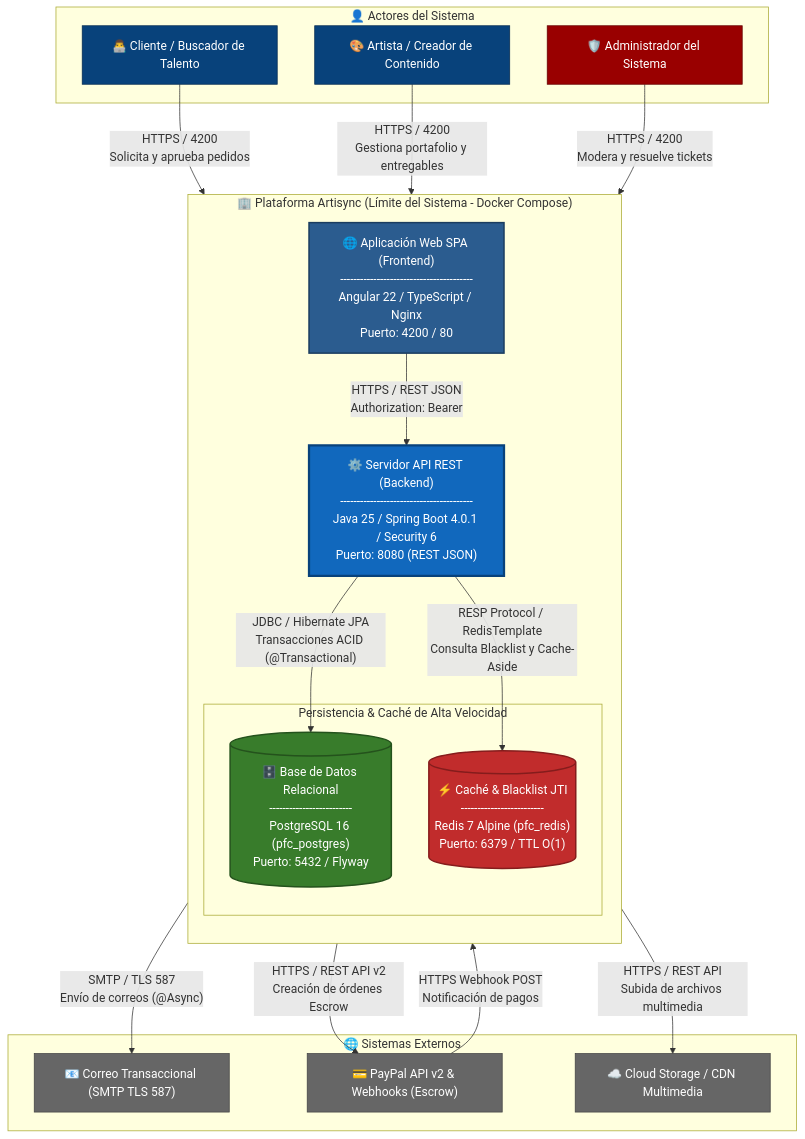
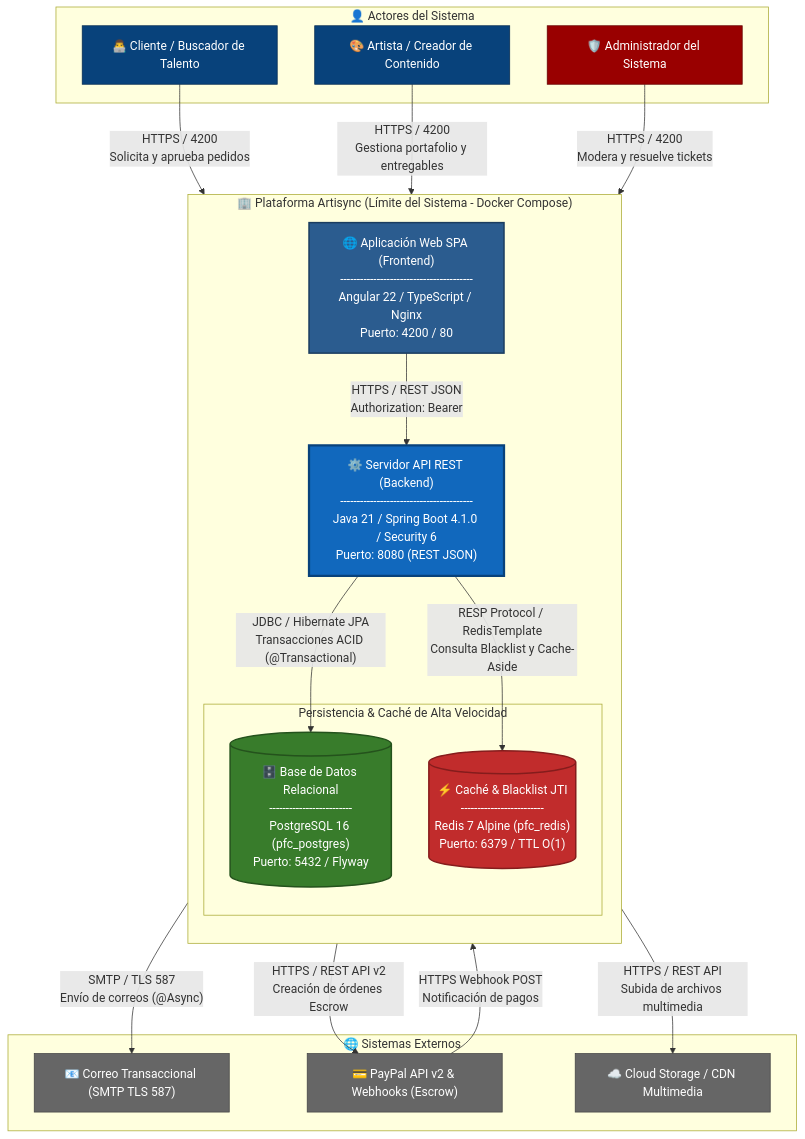
Before and after one commit to JohanCarvajal04/Proyecto-WEB-ARTISYNC: the second of 2 diagrams in docs/diagramas/C4_Nivel2_Contenedores.md, drawn with Mermaid. The commit also changed other lines of this file and 57 other files, not shown here.

````diff
--- a/docs/diagramas/C4_Nivel2_Contenedores.md
+++ b/docs/diagramas/C4_Nivel2_Contenedores.md
@@ -150,55 +150,55 @@
 ```mermaid
 flowchart TB
     subgraph Users["👤 Actores del Sistema"]
         C["👨‍💻 Cliente / Buscador de Talento"]
         A["🎨 Artista / Creador de Contenido"]
         ADM["🛡️ Administrador del Sistema"]
     end
 
     subgraph Artisync["🏢 Plataforma Artisync (Límite del Sistema - Docker Compose)"]
         direction TB
         FE["🌐 Aplicación Web SPA (Frontend)<br>----------------------------------------<br>Angular 22 / TypeScript / Nginx<br>Puerto: 4200 / 80"]
         
-        BE["⚙️ Servidor API REST (Backend)<br>----------------------------------------<br>Java 25 / Spring Boot 4.0.1 / Security 6<br>Puerto: 8080 (REST JSON)"]
+        BE["⚙️ Servidor API REST (Backend)<br>----------------------------------------<br>Java 21 / Spring Boot 4.1.0 / Security 6<br>Puerto: 8080 (REST JSON)"]
         
         subgraph DataTier["Persistencia & Caché de Alta Velocidad"]
             DB[("🗄️ Base de Datos Relacional<br>-------------------------<br>PostgreSQL 16 (pfc_postgres)<br>Puerto: 5432 / Flyway")]
             REDIS[("⚡ Caché & Blacklist JTI<br>-------------------------<br>Redis 7 Alpine (pfc_redis)<br>Puerto: 6379 / TTL O(1)")]
         end
     end
 
     subgraph External["🌐 Sistemas Externos"]
         SMTP["📧 Correo Transaccional (SMTP TLS 587)"]
         PAY["💳 PayPal API v2 & Webhooks (Escrow)"]
         CLOUD["☁️ Cloud Storage / CDN Multimedia"]
     end
 
     %% Relaciones Usuario -> Frontend
     C -- "HTTPS / 4200<br>Solicita y aprueba pedidos" --> FE
     A -- "HTTPS / 4200<br>Gestiona portafolio y entregables" --> FE
     ADM -- "HTTPS / 4200<br>Modera y resuelve tickets" --> FE
 
     %% Relación Frontend -> Backend
     FE -- "HTTPS / REST JSON<br>Authorization: Bearer <JWT>" --> BE
 
     %% Relaciones Backend -> Datos
     BE -- "JDBC / Hibernate JPA<br>Transacciones ACID (@Transactional)" --> DB
     BE -- "RESP Protocol / RedisTemplate<br>Consulta Blacklist y Cache-Aside" --> REDIS
 
     %% Relaciones Backend -> Externos
     BE -- "SMTP / TLS 587<br>Envío de correos (@Async)" --> SMTP
     BE -- "HTTPS / REST API v2<br>Creación de órdenes Escrow" --> PAY
     PAY -- "HTTPS Webhook POST<br>Notificación de pagos" --> BE
     BE -- "HTTPS / REST API<br>Subida de archivos multimedia" --> CLOUD
 
     style FE fill:#2b5c8f,stroke:#1b3d5f,stroke-width:2px,color:#fff
     style BE fill:#1168bd,stroke:#08427b,stroke-width:3px,color:#fff
     style DB fill:#387c2b,stroke:#24521c,stroke-width:2px,color:#fff
     style REDIS fill:#c12c2c,stroke:#851c1c,stroke-width:2px,color:#fff
     style C fill:#08427b,stroke:#052b52,color:#fff
     style A fill:#08427b,stroke:#052b52,color:#fff
     style ADM fill:#990000,stroke:#660000,color:#fff
     style SMTP fill:#666,stroke:#444,color:#fff
     style PAY fill:#666,stroke:#444,color:#fff
     style CLOUD fill:#666,stroke:#444,color:#fff
 ```
````
